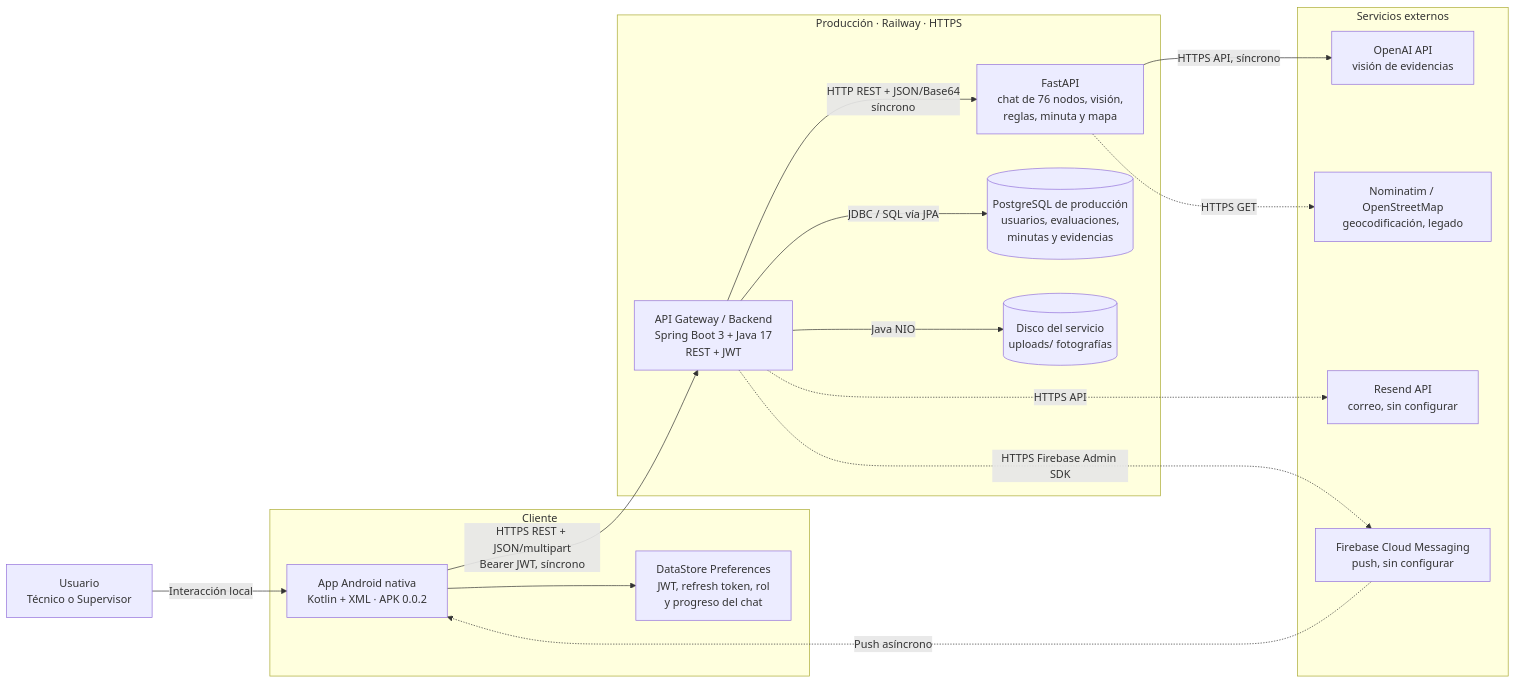
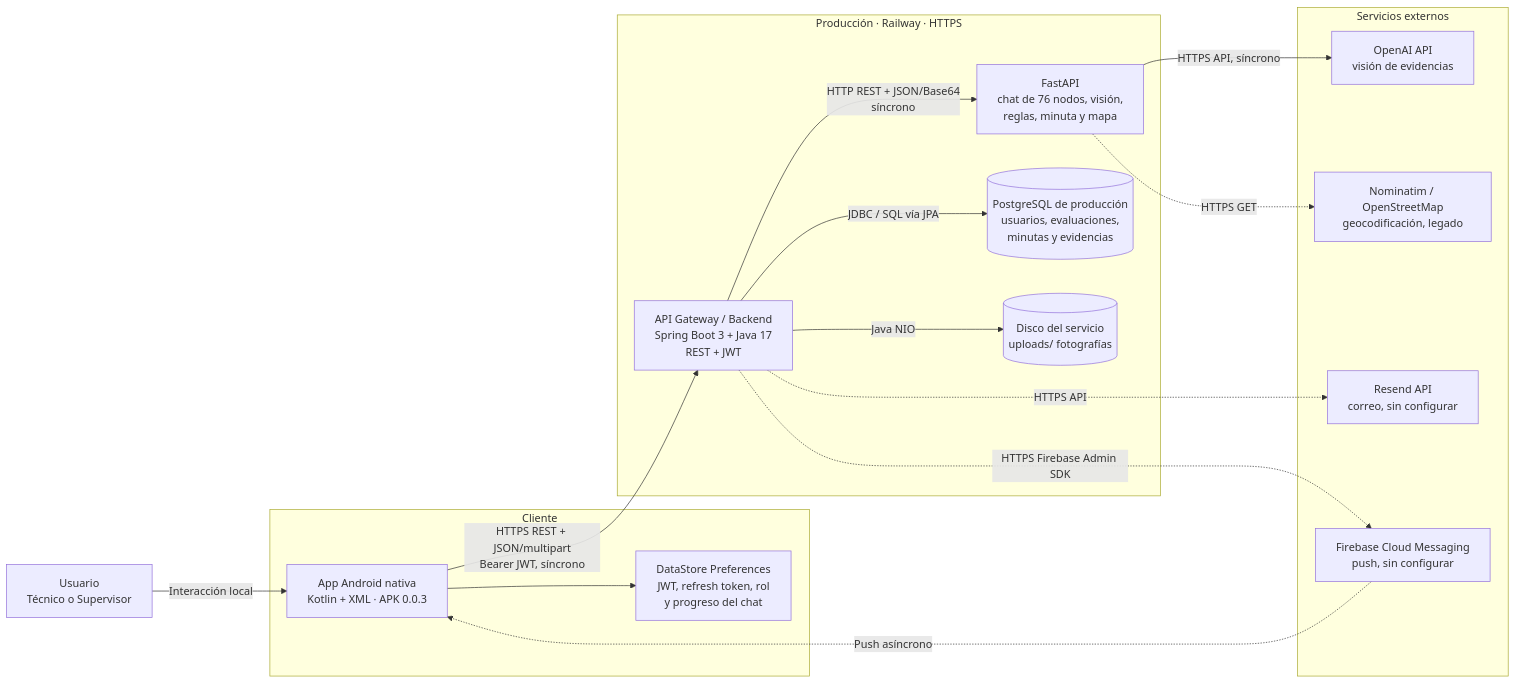
Before and after one commit to jagarell/AsistenteRedIDBI: the diagram in docs/architecture/architecture-overview.md, drawn with Mermaid. The commit also changed other lines of this file and 12 other files, not shown here.

````diff
--- a/docs/architecture/architecture-overview.md
+++ b/docs/architecture/architecture-overview.md
@@ -7,35 +7,35 @@
 ```mermaid
 flowchart LR
     USER[Usuario<br/>Técnico o Supervisor]
 
     subgraph CLIENT[Cliente]
-        ANDROID[App Android nativa<br/>Kotlin + XML · APK 0.0.2]
+        ANDROID[App Android nativa<br/>Kotlin + XML · APK 0.0.3]
         LOCAL[DataStore Preferences<br/>JWT, refresh token, rol<br/>y progreso del chat]
         ANDROID --> LOCAL
     end
 
     subgraph RAILWAY[Producción · Railway · HTTPS]
         GATEWAY[API Gateway / Backend<br/>Spring Boot 3 + Java 17<br/>REST + JWT]
         FASTAPI[FastAPI<br/>chat de 76 nodos, visión,<br/>reglas, minuta y mapa]
         PG[(PostgreSQL de producción<br/>usuarios, evaluaciones,<br/>minutas y evidencias)]
         FILES[(Disco del servicio<br/>uploads/ fotografías)]
     end
 
     subgraph EXT[Servicios externos]
         OPENAI[OpenAI API<br/>visión de evidencias]
         OSM[Nominatim / OpenStreetMap<br/>geocodificación, legado]
         SMTP[Resend API<br/>correo, sin configurar]
         FCM[Firebase Cloud Messaging<br/>push, sin configurar]
     end
 
     USER -->|Interacción local| ANDROID
     ANDROID -->|HTTPS REST + JSON/multipart<br/>Bearer JWT, síncrono| GATEWAY
     GATEWAY -->|HTTP REST + JSON/Base64<br/>síncrono| FASTAPI
     GATEWAY -->|JDBC / SQL vía JPA| PG
     GATEWAY -->|Java NIO| FILES
     FASTAPI -->|HTTPS API, síncrono| OPENAI
     FASTAPI -.->|HTTPS GET| OSM
     GATEWAY -.->|HTTPS API| SMTP
     GATEWAY -.->|HTTPS Firebase Admin SDK| FCM
     FCM -.->|Push asíncrono| ANDROID
 ```
````
